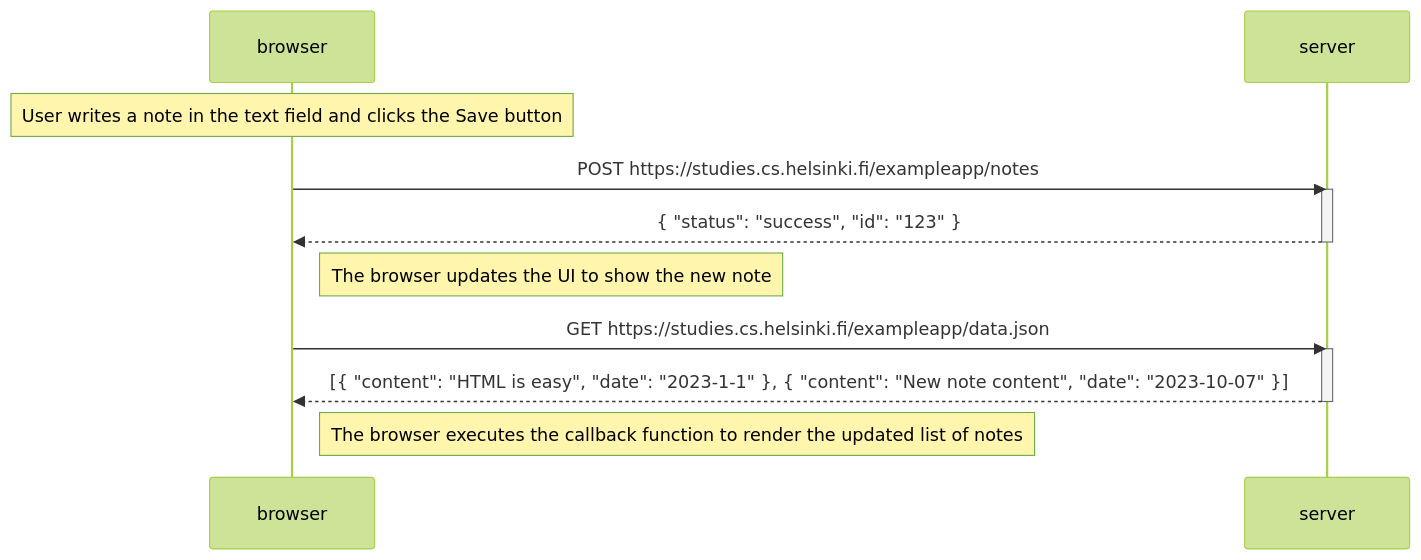
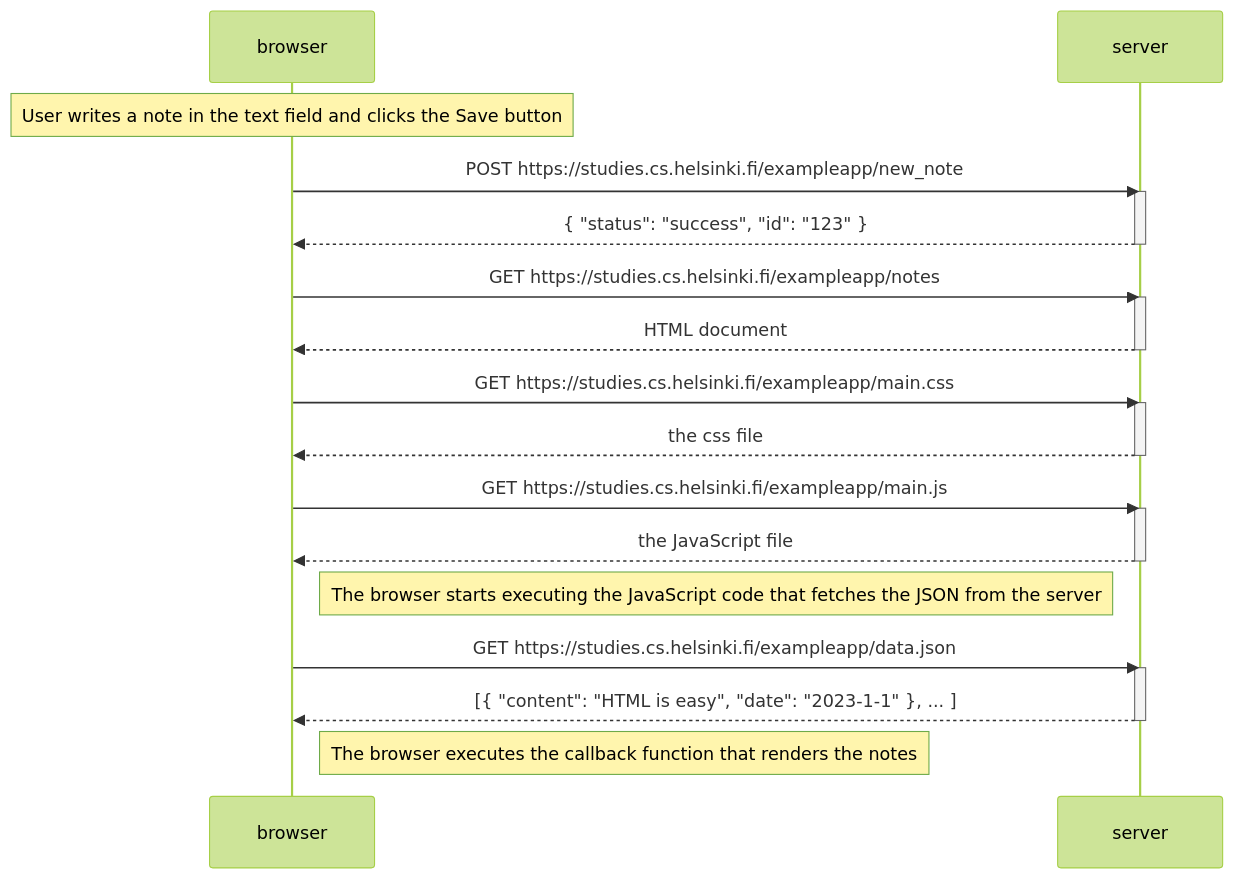
The diagram in part 0/04.md (WitekDomina/fullstackopen_domina4c), drawn with Mermaid (forest theme) before and after one commit.

Commit message:
04 uograde

````diff
--- a/part 0/04.md
+++ b/part 0/04.md
@@ -1,20 +1,36 @@
 ```mermaid
 sequenceDiagram
     participant browser
     participant server
 
     Note over browser: User writes a note in the text field and clicks the Save button
 
-    browser->>server: POST https://studies.cs.helsinki.fi/exampleapp/notes
+    browser->>server: POST https://studies.cs.helsinki.fi/exampleapp/new_note
     activate server
     server-->>browser: { "status": "success", "id": "123" }
     deactivate server
 
-    Note right of browser: The browser updates the UI to show the new note
+    browser->>server: GET https://studies.cs.helsinki.fi/exampleapp/notes
+    activate server
+    server-->>browser: HTML document
+    deactivate server
+
+    browser->>server: GET https://studies.cs.helsinki.fi/exampleapp/main.css
+    activate server
+    server-->>browser: the css file
+    deactivate server
+
+    browser->>server: GET https://studies.cs.helsinki.fi/exampleapp/main.js
+    activate server
+    server-->>browser: the JavaScript file
+    deactivate server
+
+    Note right of browser: The browser starts executing the JavaScript code that fetches the JSON from the server
+
     browser->>server: GET https://studies.cs.helsinki.fi/exampleapp/data.json
     activate server
-    server-->>browser: [{ "content": "HTML is easy", "date": "2023-1-1" }, { "content": "New note content", "date": "2023-10-07" }]
+    server-->>browser: [{ "content": "HTML is easy", "date": "2023-1-1" }, ... ]
     deactivate server
 
-    Note right of browser: The browser executes the callback function to render the updated list of notes
+    Note right of browser: The browser executes the callback function that renders the notes
 ```
````
